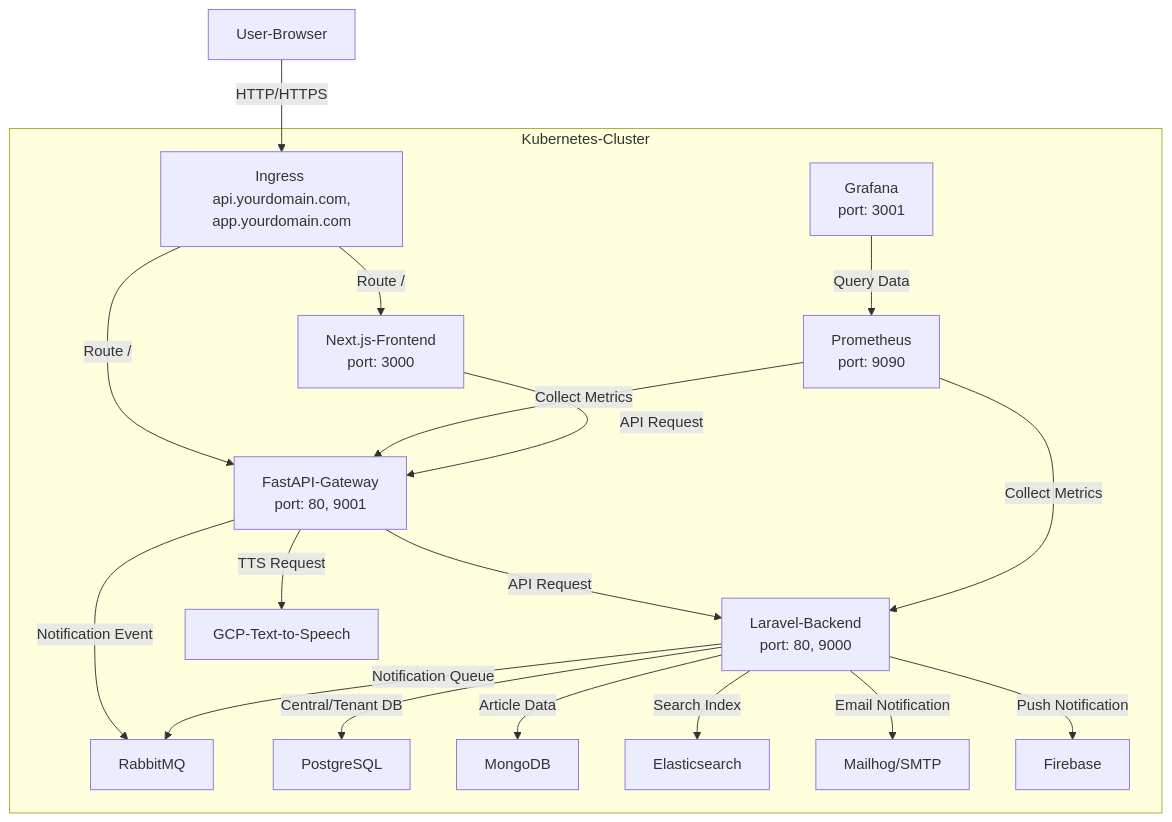
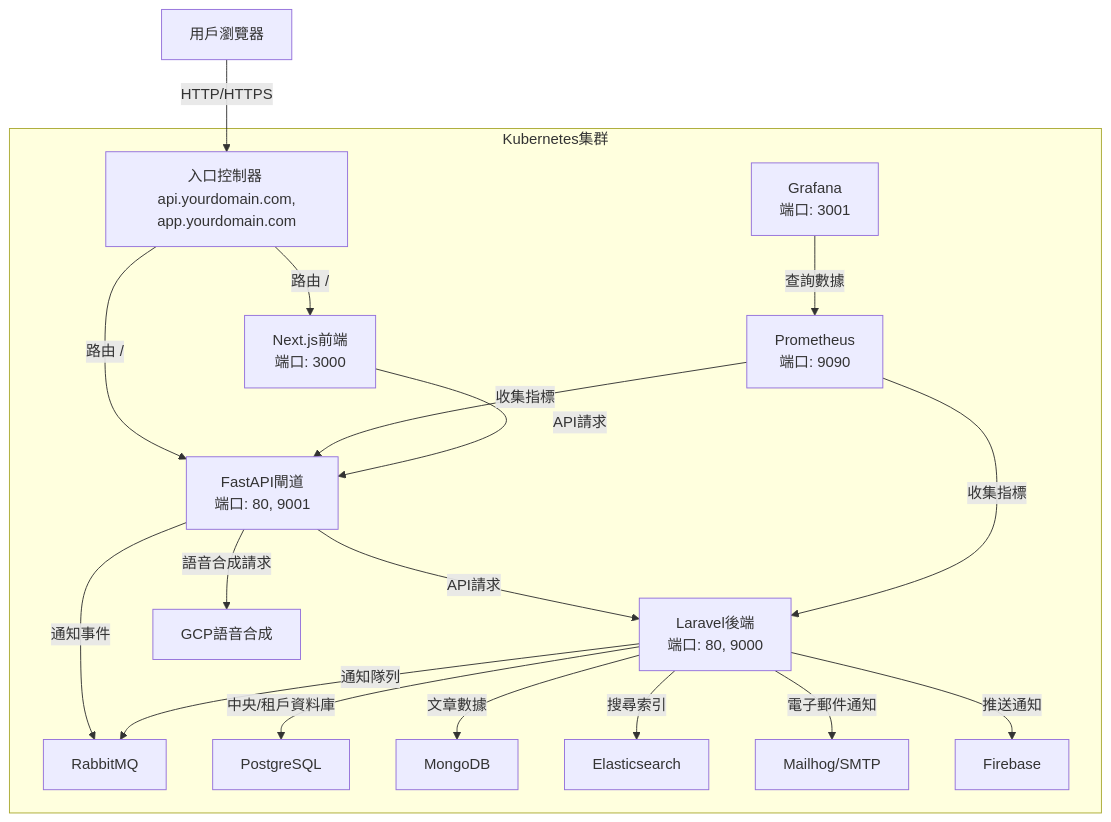
One commit to BpsEason/OrbitPress changed the diagram in README.md. Above: the diagram before and after it, drawn with Mermaid. The commit also changed other lines of this file, not shown here.

````diff
--- a/README.md
+++ b/README.md
@@ -166,26 +166,26 @@
 ```mermaid
 graph TD
-    A[User-Browser] -->|HTTP/HTTPS| B[Ingress <br> api.yourdomain.com, app.yourdomain.com]
+    A[用戶瀏覽器] -->|HTTP/HTTPS| B[入口控制器 <br> api.yourdomain.com, app.yourdomain.com]
     
-    subgraph Kubernetes-Cluster
-        B -->|Route /| C[FastAPI-Gateway <br> port: 80, 9001]
-        B -->|Route /| D[Next.js-Frontend <br> port: 3000]
+    subgraph Kubernetes集群
+        B -->|路由 /| C[FastAPI閘道 <br> 端口: 80, 9001]
+        B -->|路由 /| D[Next.js前端 <br> 端口: 3000]
         
-        C -->|API Request| E[Laravel-Backend <br> port: 80, 9000]
-        C -->|TTS Request| F[GCP-Text-to-Speech]
-        C -->|Notification Event| G[RabbitMQ]
+        C -->|API請求| E[Laravel後端 <br> 端口: 80, 9000]
+        C -->|語音合成請求| F[GCP語音合成]
+        C -->|通知事件| G[RabbitMQ]
         
-        E -->|Central/Tenant DB| H[PostgreSQL]
-        E -->|Article Data| I[MongoDB]
-        E -->|Search Index| J[Elasticsearch]
-        E -->|Notification Queue| G
-        E -->|Email Notification| K[Mailhog/SMTP]
-        E -->|Push Notification| L[Firebase]
+        E -->|中央/租戶資料庫| H[PostgreSQL]
+        E -->|文章數據| I[MongoDB]
+        E -->|搜尋索引| J[Elasticsearch]
+        E -->|通知隊列| G
+        E -->|電子郵件通知| K[Mailhog/SMTP]
+        E -->|推送通知| L[Firebase]
         
-        M[Prometheus <br> port: 9090] -->|Collect Metrics| C
-        M -->|Collect Metrics| E
-        N[Grafana <br> port: 3001] -->|Query Data| M
+        M[Prometheus <br> 端口: 9090] -->|收集指標| C
+        M -->|收集指標| E
+        N[Grafana <br> 端口: 3001] -->|查詢數據| M
     end
 
-    D -->|API Request| C
+    D -->|API請求| C
 ```
````
